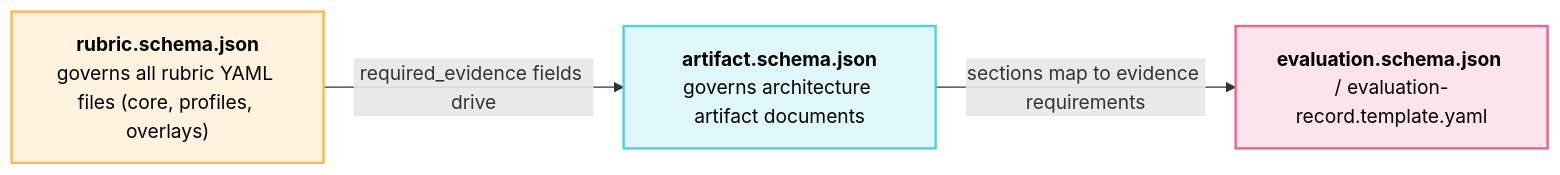
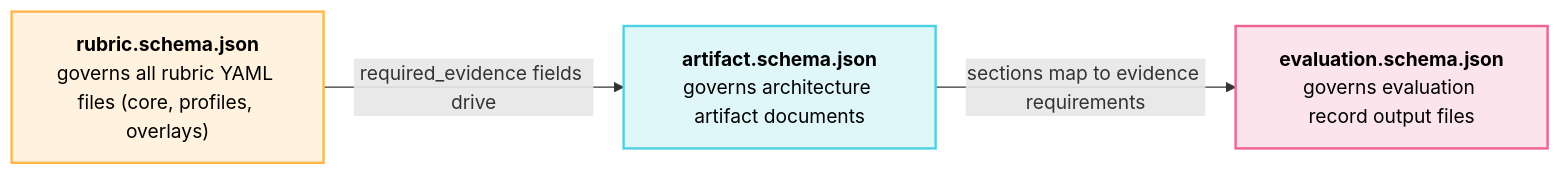
Before and after one commit to ThomasRohde/EAROS: the second of 3 diagrams in README.md, drawn with Mermaid. The commit also changed other lines of this file, not shown here.

Commit message:
docs: comprehensive README update reflecting all 10 skills, editor, manifest, and artifact schema

````diff
--- a/README.md
+++ b/README.md
@@ -137,13 +66,13 @@
 ```mermaid
 flowchart LR
     R["<b>rubric.schema.json</b><br/>governs all rubric YAML files (core, profiles, overlays)"]
     A["<b>artifact.schema.json</b><br/>governs architecture artifact documents"]
-    E["<b>evaluation.schema.json</b> / evaluation-record.template.yaml"]
+    E["<b>evaluation.schema.json</b><br/>governs evaluation record output files"]
 
     R -->|required_evidence fields drive| A
     A -->|sections map to evidence requirements| E
 
     style R fill:#fff3e0,stroke:#ffb74d,stroke-width:2px,color:#000
     style A fill:#e0f7fa,stroke:#4dd0e1,stroke-width:2px,color:#000
     style E fill:#fce4ec,stroke:#f06292,stroke-width:2px,color:#000
 ```
````
